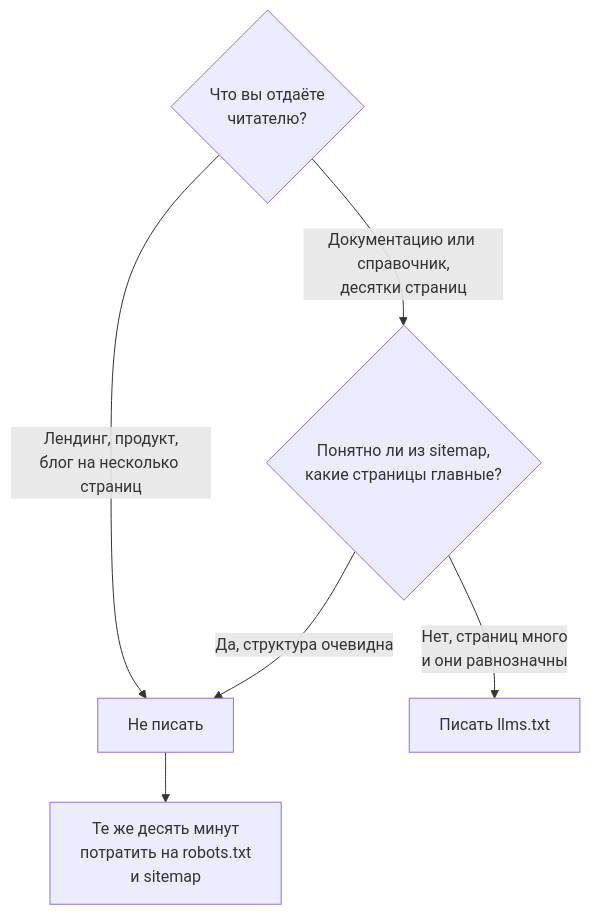
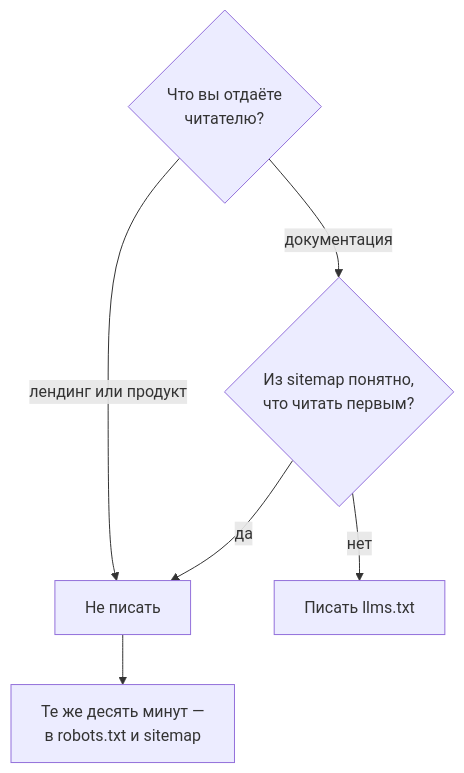
One commit to Smolevich/pet-project-atlas changed the diagram in src/content/docs/ru/geo/llms-txt-and-crawlers.md. Above: the diagram before and after it, drawn with Mermaid. The commit also changed 5 other files, not shown here.

First line of the commit message:
fix(mermaid): подписи не влезали в фигуры и обрезались

````diff
--- a/src/content/docs/ru/geo/llms-txt-and-crawlers.md
+++ b/src/content/docs/ru/geo/llms-txt-and-crawlers.md
@@ -123,9 +123,9 @@
 ```mermaid
 flowchart TD
   A{"Что вы отдаёте<br/>читателю?"}
-  A -->|"Документацию или справочник,<br/>десятки страниц"| B{"Понятно ли из sitemap,<br/>какие страницы главные?"}
-  A -->|"Лендинг, продукт,<br/>блог на несколько страниц"| C["Не писать"]
-  B -->|"Нет, страниц много<br/>и они равнозначны"| D["Писать llms.txt"]
-  B -->|"Да, структура очевидна"| C
-  C --> E["Те же десять минут<br/>потратить на robots.txt<br/>и sitemap"]
+  A -->|"документация"| B{"Из sitemap понятно,<br/>что читать первым?"}
+  A -->|"лендинг или продукт"| C["Не писать"]
+  B -->|"нет"| D["Писать llms.txt"]
+  B -->|"да"| C
+  C --> E["Те же десять минут —<br/>в robots.txt и sitemap"]
 ```
````
